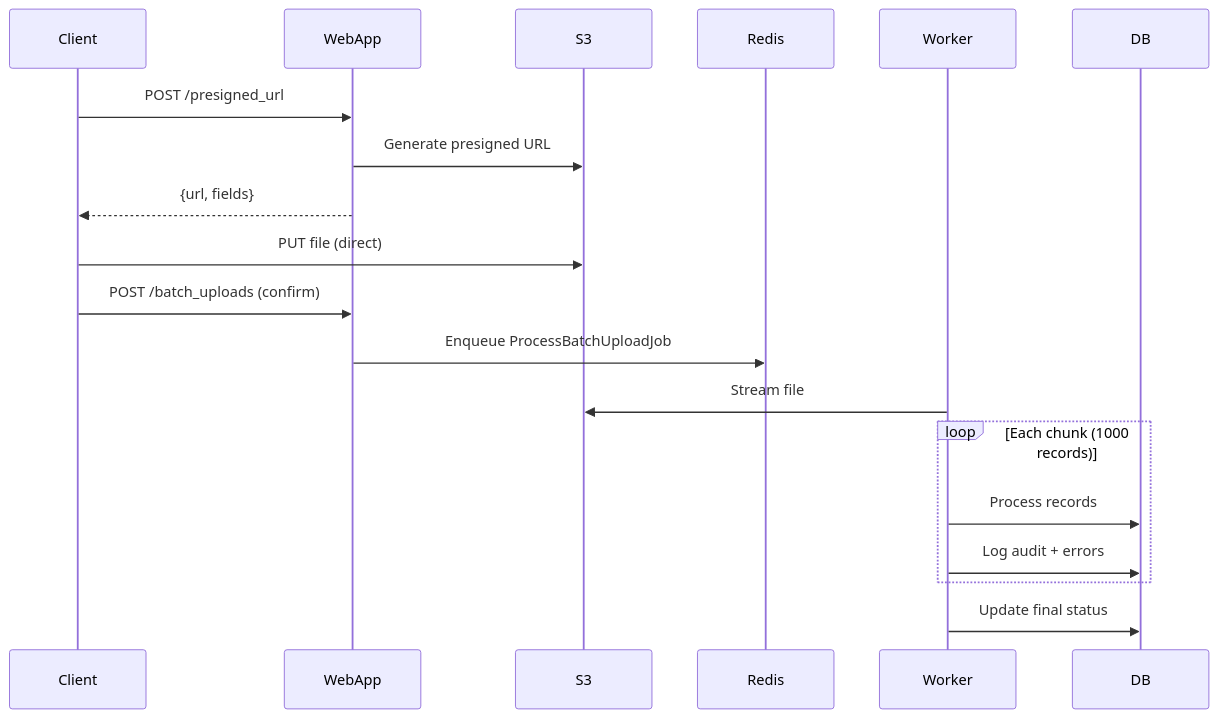
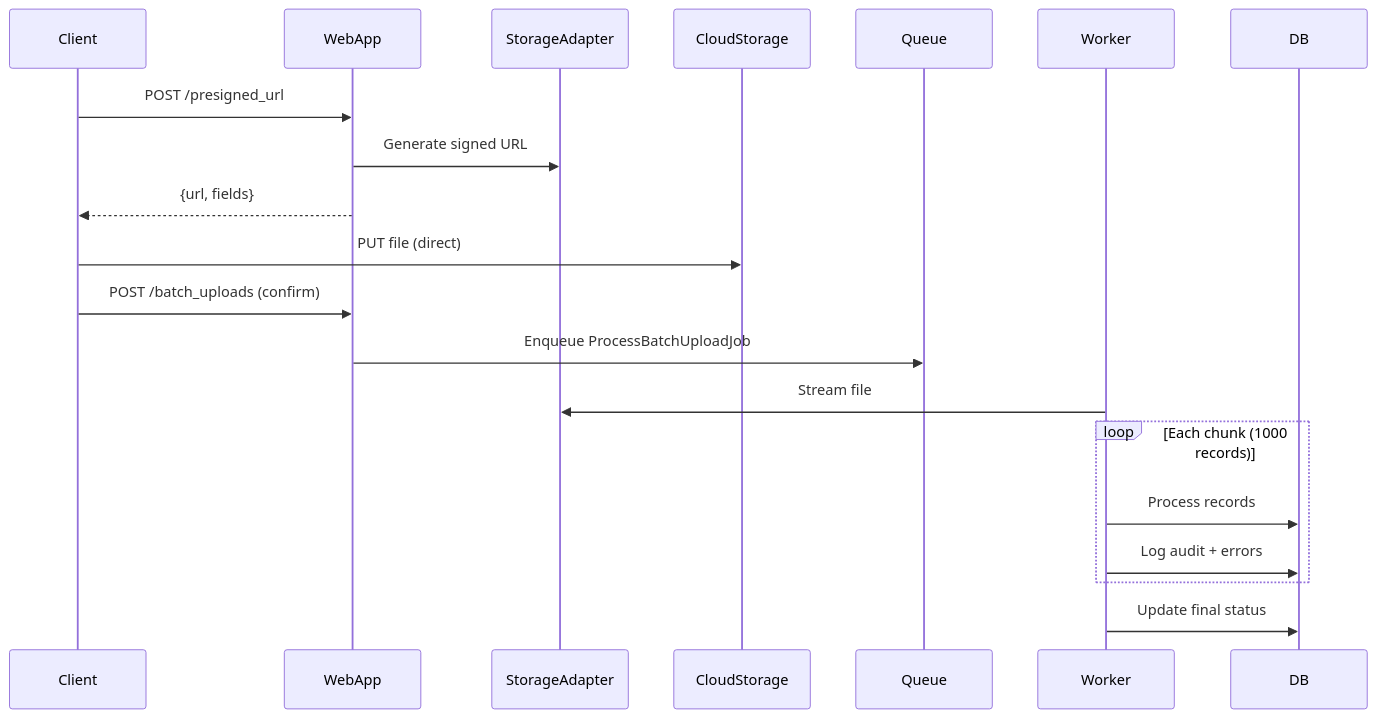
The fifth of 5 diagrams in docs/architecture/batch-upload/batch-upload.md (navapbc/oscer), drawn with Mermaid before and after one commit. The commit also changed other lines of this file, not shown here.

Commit message:
update the batch upload c4 to be vendor agnostic

````diff
--- a/docs/architecture/batch-upload/batch-upload.md
+++ b/docs/architecture/batch-upload/batch-upload.md
@@ -187,15 +294,15 @@
 ```mermaid
 sequenceDiagram
     Client->>WebApp: POST /presigned_url
-    WebApp->>S3: Generate presigned URL
+    WebApp->>StorageAdapter: Generate signed URL
     WebApp-->>Client: {url, fields}
-    Client->>S3: PUT file (direct)
+    Client->>CloudStorage: PUT file (direct)
     Client->>WebApp: POST /batch_uploads (confirm)
-    WebApp->>Redis: Enqueue ProcessBatchUploadJob
-    Worker->>S3: Stream file
+    WebApp->>Queue: Enqueue ProcessBatchUploadJob
+    Worker->>StorageAdapter: Stream file
     loop Each chunk (1000 records)
         Worker->>DB: Process records
         Worker->>DB: Log audit + errors
     end
     Worker->>DB: Update final status
 ```
````
